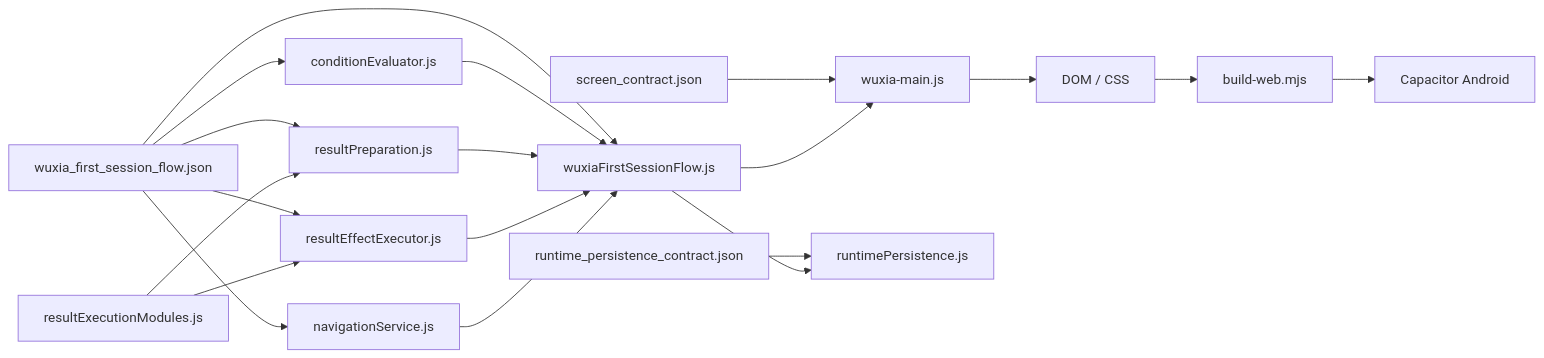
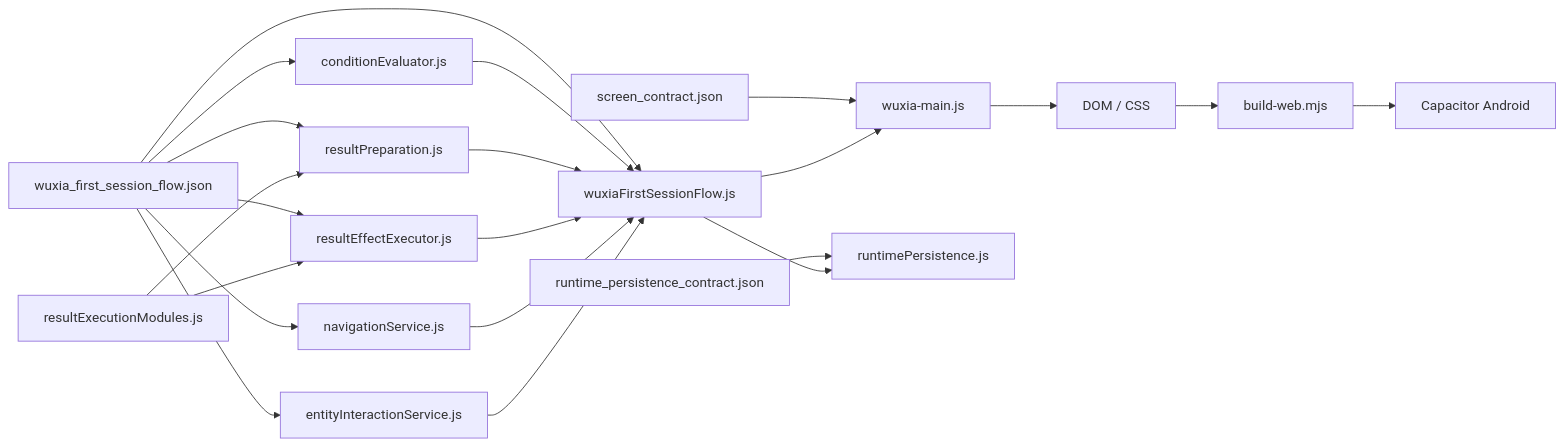
The first of 2 diagrams in docs/codex_game_development_os/SYSTEM_ARCHITECTURE.md (hjklmn314/idlewuxia), drawn with Mermaid before and after one commit. The commit also changed other lines of this file and 23 other files, not shown here.

Commit message:
feat: extract entity interaction service

````diff
--- a/docs/codex_game_development_os/SYSTEM_ARCHITECTURE.md
+++ b/docs/codex_game_development_os/SYSTEM_ARCHITECTURE.md
@@ -14,21 +14,23 @@
 ```mermaid
 flowchart LR
     A["wuxia_first_session_flow.json"] --> B["wuxiaFirstSessionFlow.js"]
     C["screen_contract.json"] --> D["wuxia-main.js"]
     E["runtime_persistence_contract.json"] --> F["runtimePersistence.js"]
     A --> K["conditionEvaluator.js"]
     A --> L["resultPreparation.js"]
     A --> M["resultEffectExecutor.js"]
     A --> N["navigationService.js"]
+    A --> O["entityInteractionService.js"]
     K --> B
     L --> B
     M --> B
     N --> B
+    O --> B
     B --> D
     D --> G["DOM / CSS"]
     B --> F
     H["resultExecutionModules.js"] --> L
     H --> M
     G --> I["build-web.mjs"]
     I --> J["Capacitor Android"]
 ```
````
